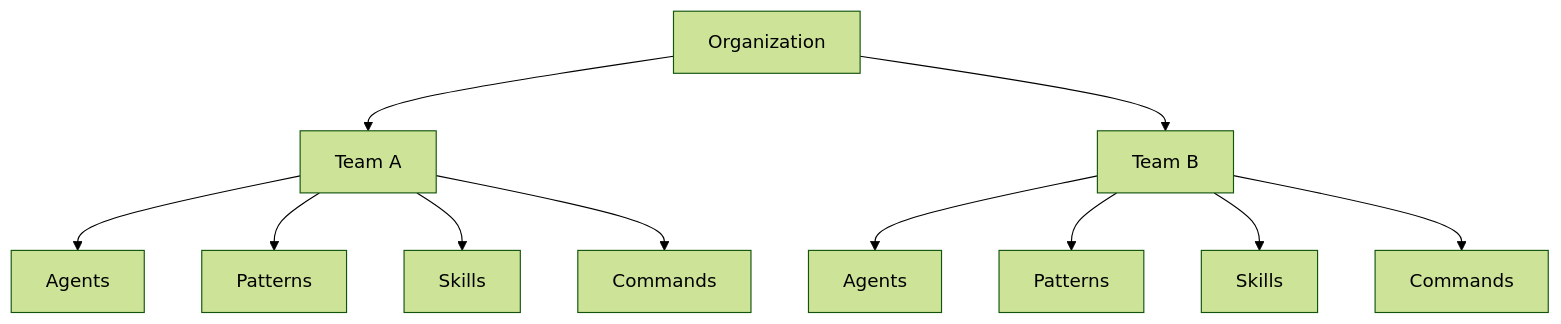
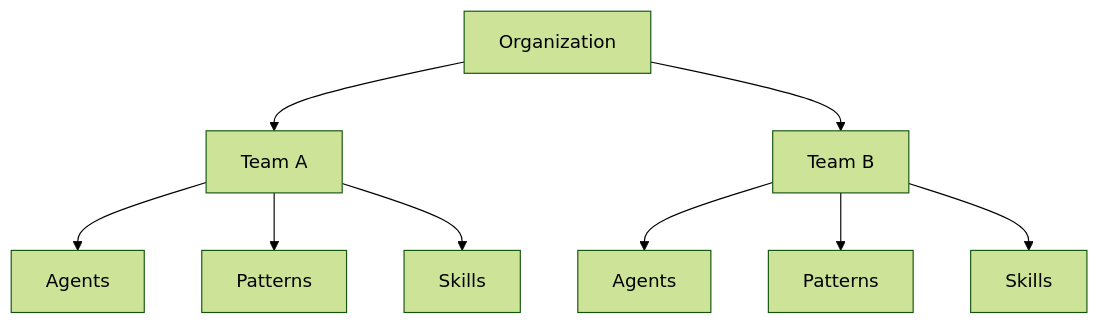
One commit to twistingmercury/mnemonic-mcp changed the second of 10 diagrams in docs/architecture/01-security-architecture.md. Above: the diagram before and after it, drawn with Mermaid (forest theme). The commit also changed other lines of this file and 49 other files, not shown here.

````diff
--- a/docs/architecture/01-security-architecture.md
+++ b/docs/architecture/01-security-architecture.md
@@ -156,14 +156,12 @@
 ```mermaid
 graph TB
     ORG[Organization]
     ORG --> TEAM1[Team A]
     ORG --> TEAM2[Team B]
     TEAM1 --> R1[Agents]
     TEAM1 --> R2[Patterns]
     TEAM1 --> R3[Skills]
-    TEAM1 --> R4[Commands]
-    TEAM2 --> R5[Agents]
-    TEAM2 --> R6[Patterns]
-    TEAM2 --> R7[Skills]
-    TEAM2 --> R8[Commands]
+    TEAM2 --> R4[Agents]
+    TEAM2 --> R5[Patterns]
+    TEAM2 --> R6[Skills]
 ```
````
